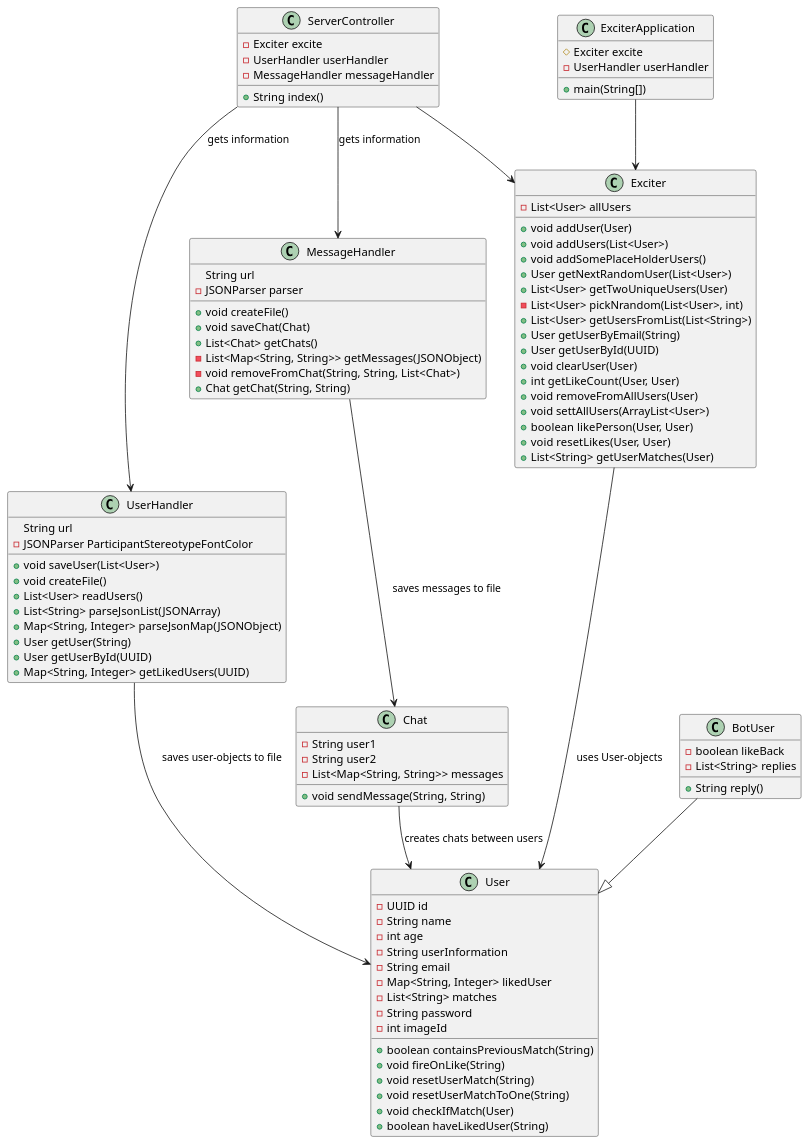
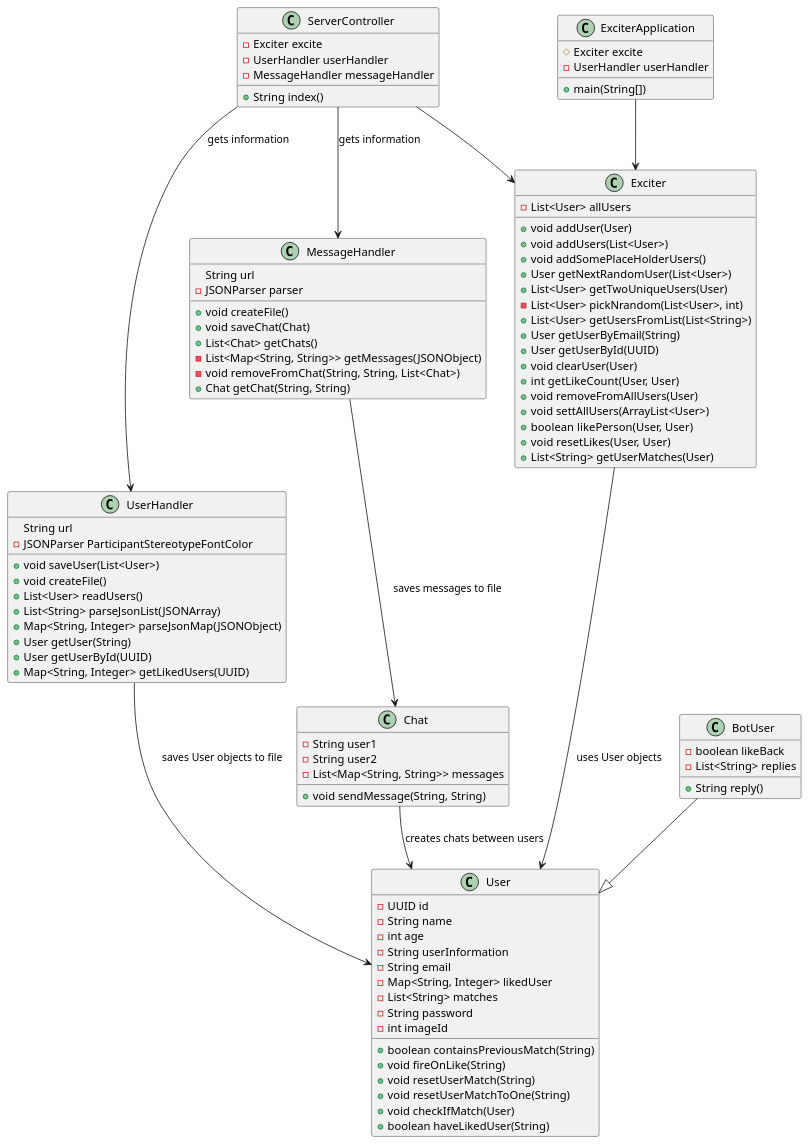
The diagram in docs/release 3/diagrams/classDiagram.plantUML (Tordsg/Xcitr), drawn with PlantUML before and after one commit. The commit also changed 1 other file, not shown here.

```diff
--- a/docs/release 3/diagrams/classDiagram.plantUML
+++ b/docs/release 3/diagrams/classDiagram.plantUML
@@ -1,112 +1,112 @@
 @startuml restserver
 
 class ServerController {
     -Exciter excite
     -UserHandler userHandler
     -MessageHandler messageHandler
     +String index()
 
 
 }
 
 class ExciterApplication{
     #Exciter excite
     -UserHandler userHandler
     +main(String[])
 
 }
 
 class User{
     -UUID id
     -String name
     -int age
     -String userInformation
     -String email
     -Map<String, Integer> likedUser
     -List<String> matches
     -String password
     -int imageId
     +boolean containsPreviousMatch(String)
     +void fireOnLike(String)
     +void resetUserMatch(String)
     +void resetUserMatchToOne(String)
     +void checkIfMatch(User)
     +boolean haveLikedUser(String)
 }
 
 class BotUser{
     -boolean likeBack
     -List<String> replies
     + String reply()
 
 }
 
 class Exciter{
     -List<User> allUsers
     +void addUser(User)
     +void addUsers(List<User>)
     +void addSomePlaceHolderUsers()
     +User getNextRandomUser(List<User>)
     +List<User> getTwoUniqueUsers(User)
     -List<User> pickNrandom(List<User>, int)
     +List<User> getUsersFromList(List<String>)
     +User getUserByEmail(String)
     +User getUserById(UUID)
     +void clearUser(User)
     +int getLikeCount(User, User)
     +void removeFromAllUsers(User)
     +void settAllUsers(ArrayList<User>)
     +boolean likePerson(User, User)
     +void resetLikes(User, User)
     +List<String> getUserMatches(User)
 
 }
 
 class UserHandler{
     String url
     -JSONParser ParticipantStereotypeFontColor
     +void saveUser(List<User>)
     +void createFile()
     +List<User> readUsers()
     +List<String> parseJsonList(JSONArray)
     +Map<String, Integer> parseJsonMap(JSONObject)
     +User getUser(String)
     +User getUserById(UUID)
     +Map<String, Integer> getLikedUsers(UUID)
 
 }
 
 class MessageHandler{
     String url
     -JSONParser parser
     +void createFile()
     +void saveChat(Chat)
     +List<Chat> getChats()
     -List<Map<String, String>> getMessages(JSONObject)
     -void removeFromChat(String, String, List<Chat>)
     +Chat getChat(String, String)
 }
 
 
 class Chat{
     -String user1
     -String user2
     -List<Map<String, String>> messages
     +void sendMessage(String, String)
 
 }
 
 BotUser --|> User
-Exciter --> User: uses User-objects 
-UserHandler --> User: saves user-objects to file
+Exciter --> User: uses User objects 
+UserHandler --> User: saves User objects to file
 Chat--> User: creates chats between users
 MessageHandler --> Chat: saves messages to file
 ExciterApplication --> Exciter
 ServerController --> UserHandler: gets information
 ServerController --> MessageHandler: gets information
 ServerController --> Exciter
 
 
 
 
 @enduml
```
